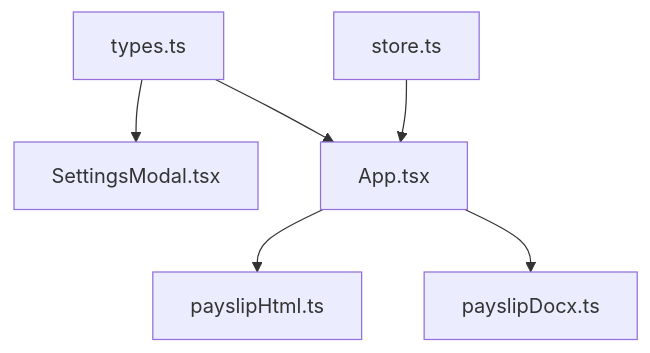
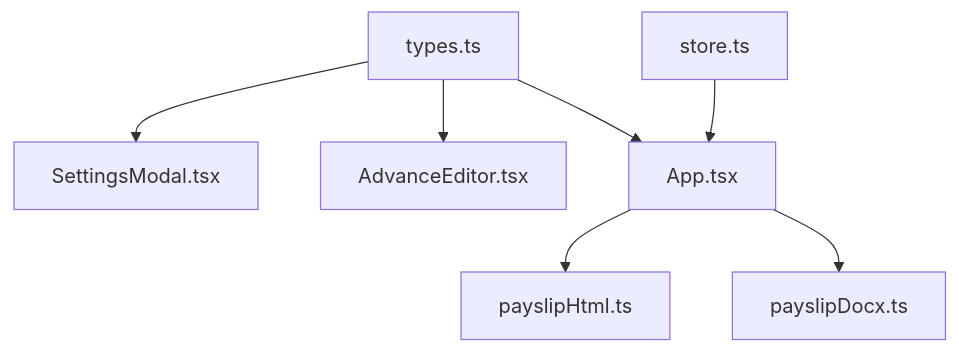
Before and after one commit to MdodoIng/salery-slip-generater: diagram 11 of 11 in .qoder/repowiki/en/content/UI Components/SettingsModal Component.md, drawn with Mermaid. The commit also changed other lines of this file and 22 other files, not shown here.

````diff
--- a/.qoder/repowiki/en/content/UI Components/SettingsModal Component.md
+++ b/.qoder/repowiki/en/content/UI Components/SettingsModal Component.md
@@ -413,8 +557,9 @@
 ```mermaid
 graph TB
 Types["types.ts"] --> SettingsModal["SettingsModal.tsx"]
+Types --> AdvanceEditor["AdvanceEditor.tsx"]
 Types --> App["App.tsx"]
 Store["store.ts"] --> App
 App --> Html["payslipHtml.ts"]
 App --> Docx["payslipDocx.ts"]
 ```
````
